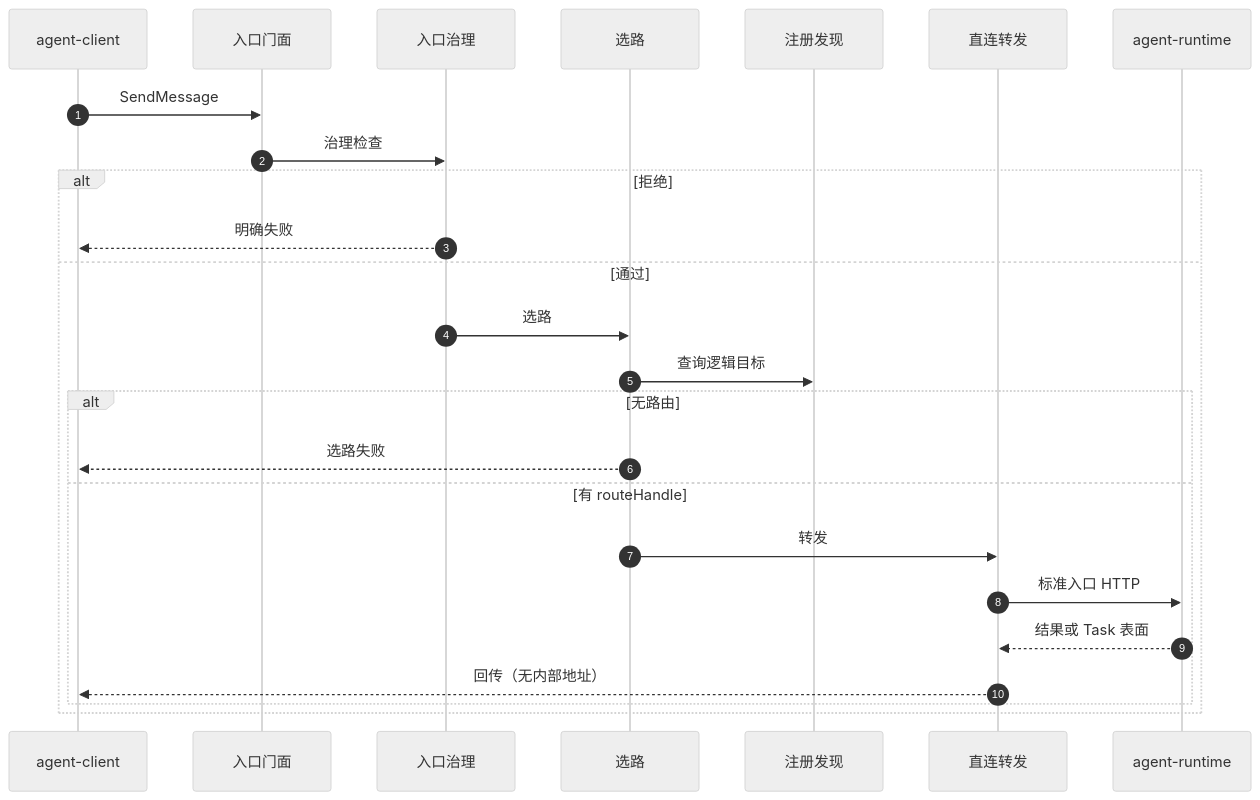
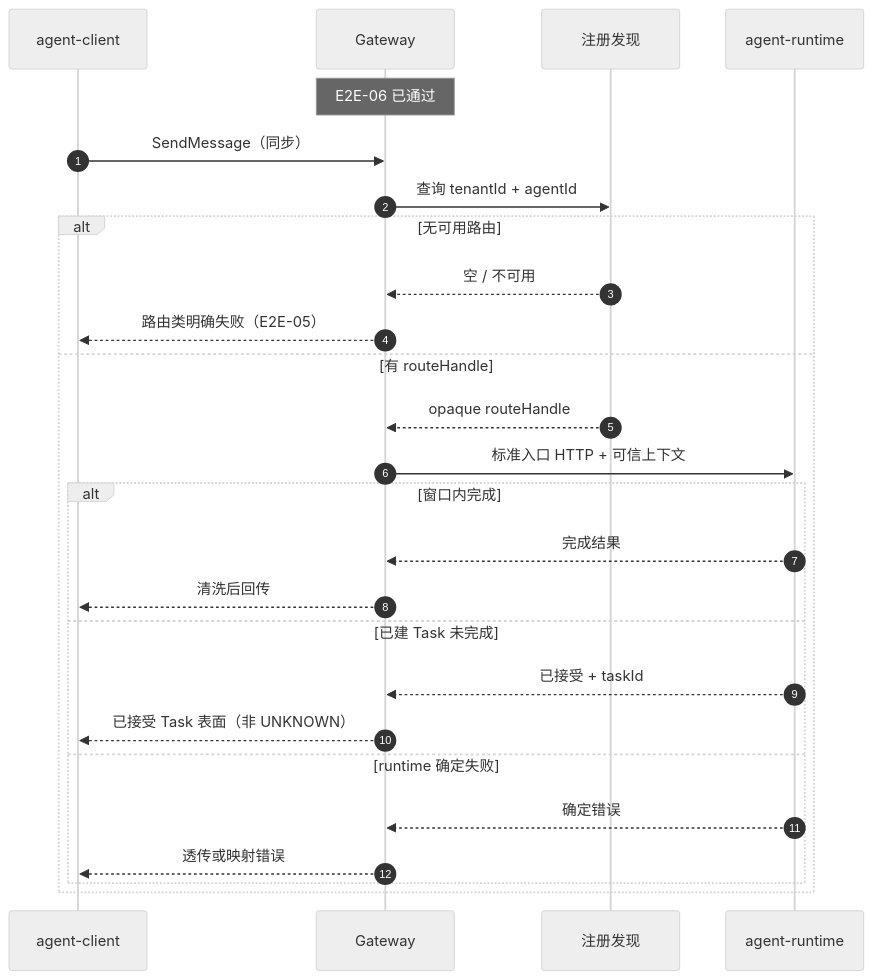
Before and after one commit to chaosxingxc-orion/spring-ai-ascend: the sixth of 7 diagrams in architecture/L2-Low-Level-Design/agent-gateway/feat-011-client-invocation-route-forwarding.md, drawn with Mermaid (neutral theme). The commit also changed other lines of this file, not shown here.

First line of the commit message:
docs(gateway): snapshot FEAT-011 L2 with E2E-06/01 detail

````diff
--- a/architecture/L2-Low-Level-Design/agent-gateway/feat-011-client-invocation-route-forwarding.md
+++ b/architecture/L2-Low-Level-Design/agent-gateway/feat-011-client-invocation-route-forwarding.md
@@ -298,28 +1072,29 @@
 ```mermaid
 sequenceDiagram
   autonumber
   participant C as agent-client
-  participant FAC as 入口门面
-  participant GOV as 入口治理
-  participant RTE as 选路
+  participant GW as Gateway
   participant RDC as 注册发现
-  participant DIR as 直连转发
   participant RT as agent-runtime
 
-  C->>FAC: SendMessage
-  FAC->>GOV: 治理检查
-  alt 拒绝
-    GOV-->>C: 明确失败
-  else 通过
-    GOV->>RTE: 选路
-    RTE->>RDC: 查询逻辑目标
-    alt 无路由
-      RTE-->>C: 选路失败
-    else 有 routeHandle
-      RTE->>DIR: 转发
-      DIR->>RT: 标准入口 HTTP
-      RT-->>DIR: 结果或 Task 表面
-      DIR-->>C: 回传（无内部地址）
+  Note over GW: E2E-06 已通过
+  C->>GW: SendMessage（同步）
+  GW->>RDC: 查询 tenantId + agentId
+  alt 无可用路由
+    RDC-->>GW: 空 / 不可用
+    GW-->>C: 路由类明确失败（E2E-05）
+  else 有 routeHandle
+    RDC-->>GW: opaque routeHandle
+    GW->>RT: 标准入口 HTTP + 可信上下文
+    alt 窗口内完成
+      RT-->>GW: 完成结果
+      GW-->>C: 清洗后回传
+    else 已建 Task 未完成
+      RT-->>GW: 已接受 + taskId
+      GW-->>C: 已接受 Task 表面（非 UNKNOWN）
+    else runtime 确定失败
+      RT-->>GW: 确定错误
+      GW-->>C: 透传或映射错误
     end
   end
 ```
````
